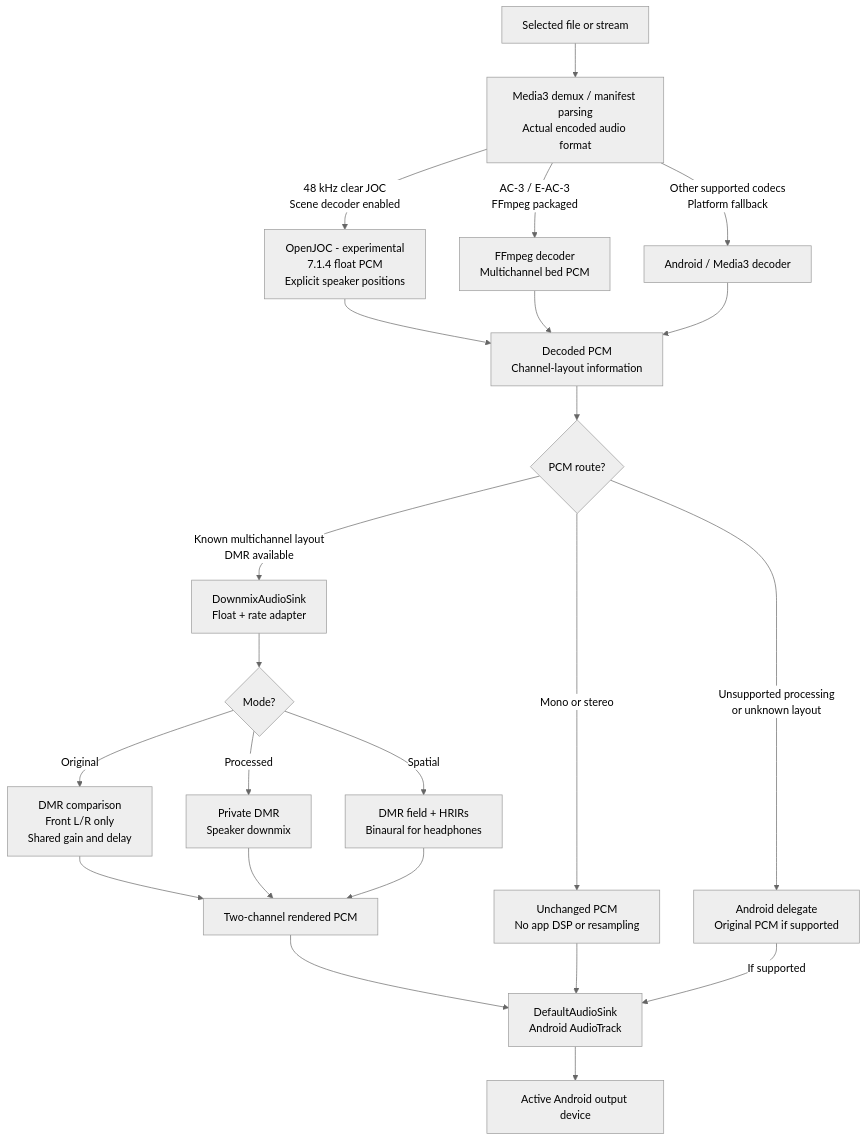
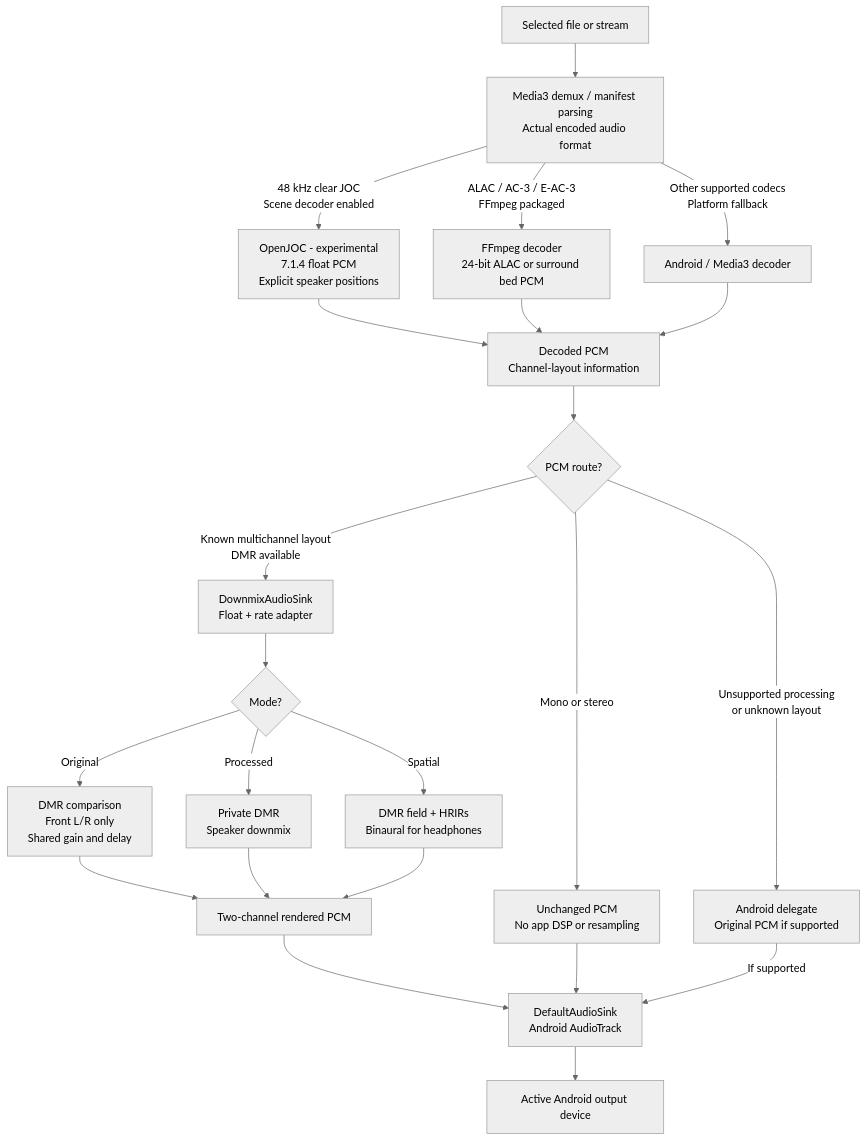
The second of 4 diagrams in README.md (Pradyumna-RN/omni_play), drawn with Mermaid (neutral theme) before and after one commit. The commit also changed other lines of this file and 72 other files, not shown here.

````diff
--- a/README.md
+++ b/README.md
@@ -62,26 +62,26 @@
 ```mermaid
 flowchart TB
     INPUT["Selected file or stream"] --> DEMUX["Media3 demux / manifest parsing<br/>Actual encoded audio format"]
     DEMUX -->|"48 kHz clear JOC<br/>Scene decoder enabled"| JOC["OpenJOC - experimental<br/>7.1.4 float PCM<br/>Explicit speaker positions"]
-    DEMUX -->|"AC-3 / E-AC-3<br/>FFmpeg packaged"| FFMPEG["FFmpeg decoder<br/>Multichannel bed PCM"]
+    DEMUX -->|"ALAC / AC-3 / E-AC-3<br/>FFmpeg packaged"| FFMPEG["FFmpeg decoder<br/>24-bit ALAC or surround bed PCM"]
     DEMUX -->|"Other supported codecs<br/>Platform fallback"| PLATFORM["Android / Media3 decoder"]
     JOC --> PCM["Decoded PCM<br/>Channel-layout information"]
     FFMPEG --> PCM
     PLATFORM --> PCM
     PCM --> CHANNELS{"PCM route?"}
 
     CHANNELS -->|"Mono or stereo"| BYPASS["Unchanged PCM<br/>No app DSP or resampling"]
     CHANNELS -->|"Known multichannel layout<br/>DMR available"| ADAPT["DownmixAudioSink<br/>Float + rate adapter"]
     CHANNELS -->|"Unsupported processing<br/>or unknown layout"| ORIGINAL["Android delegate<br/>Original PCM if supported"]
     ADAPT --> MODE{"Mode?"}
     MODE -->|"Original"| FRONT["DMR comparison<br/>Front L/R only<br/>Shared gain and delay"]
     MODE -->|"Processed"| DMR["Private DMR<br/>Speaker downmix"]
     MODE -->|"Spatial"| SPATIAL["DMR field + HRIRs<br/>Binaural for headphones"]
     FRONT --> STEREO["Two-channel rendered PCM"]
     DMR --> STEREO
     SPATIAL --> STEREO
     STEREO --> SINK["DefaultAudioSink<br/>Android AudioTrack"]
     BYPASS --> SINK
     ORIGINAL -->|"If supported"| SINK
     SINK --> DEVICE["Active Android output device"]
 ```
````
